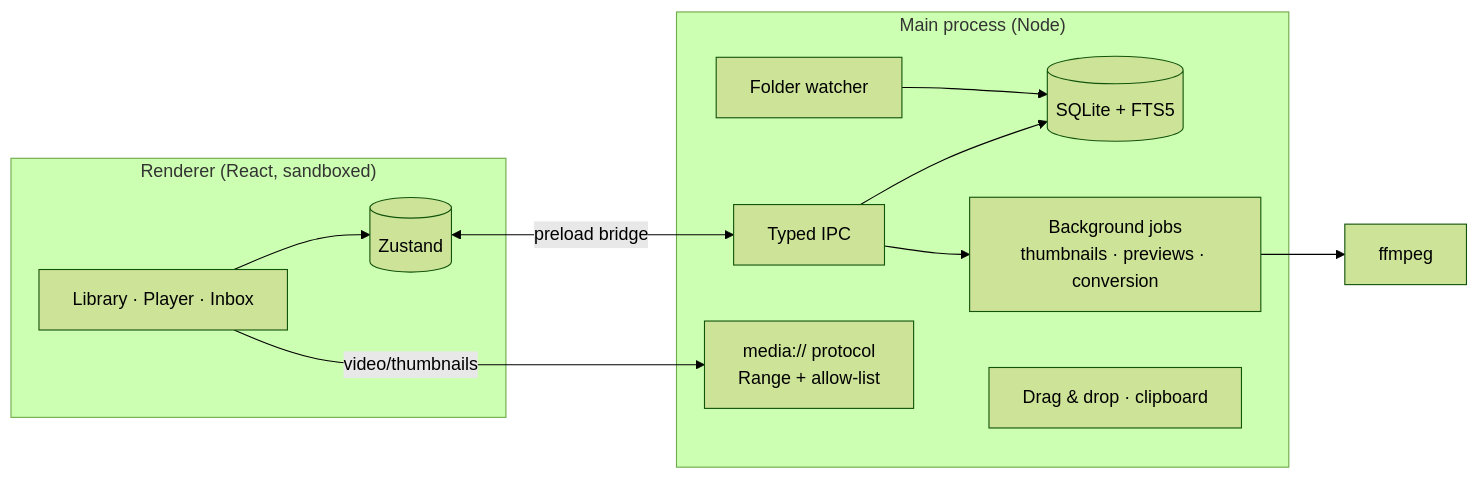
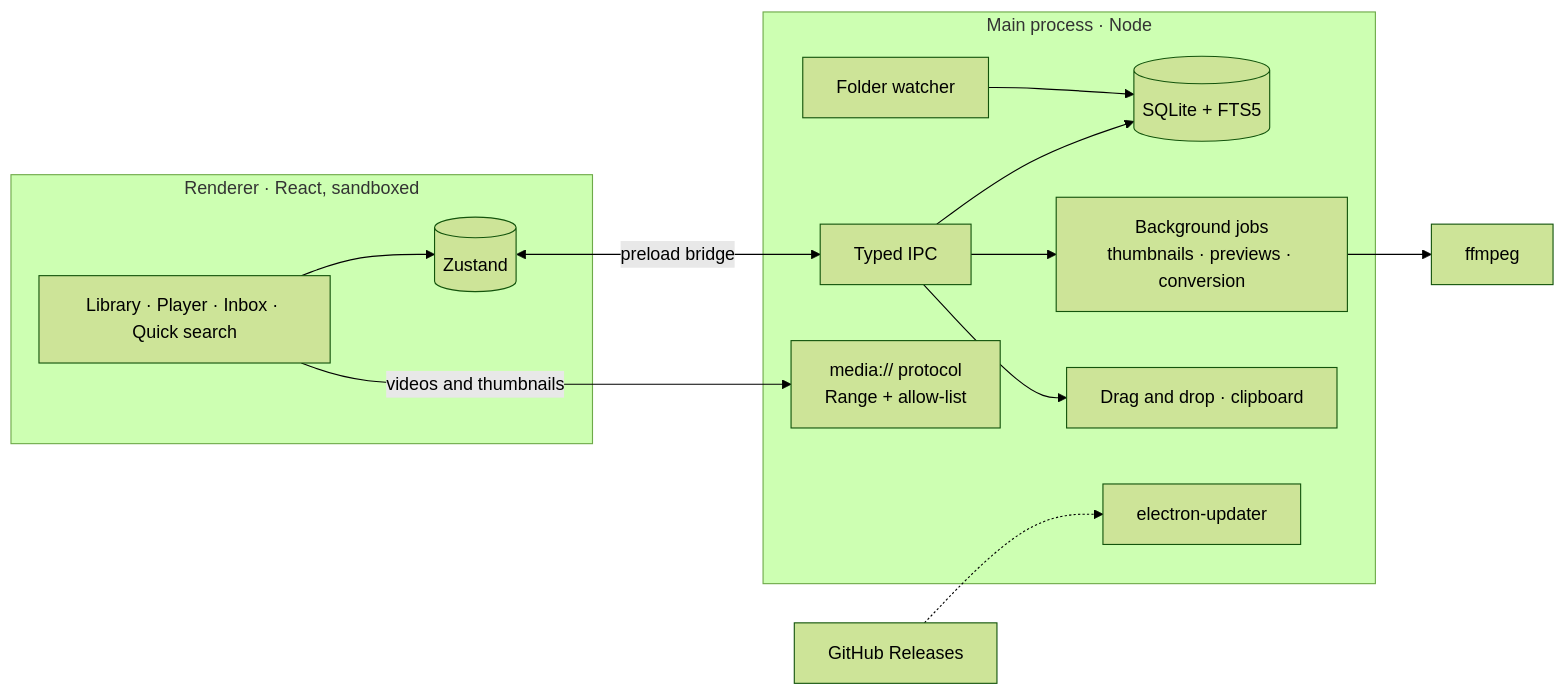
One commit to Enver-Onur-Cogalan/meme-file changed the diagram in README.md. Above: the diagram before and after it, drawn with Mermaid (forest theme). The commit also changed other lines of this file and 8 other files, not shown here.

````diff
--- a/README.md
+++ b/README.md
@@ -79,16 +131,19 @@
 ```mermaid
 flowchart LR
-  subgraph Renderer["Renderer (React, sandboxed)"]
-    UI[Library · Player · Inbox] --> Store[(Zustand)]
+  subgraph Renderer["Renderer · React, sandboxed"]
+    UI["Library · Player · Inbox · Quick search"] --> Store[("Zustand")]
   end
-  subgraph Main["Main process (Node)"]
-    IPC[Typed IPC] --> Repo[(SQLite + FTS5)]
-    IPC --> Jobs[Background jobs<br/>thumbnails · previews · conversion]
-    Watch[Folder watcher] --> Repo
+  subgraph Main["Main process · Node"]
+    IPC["Typed IPC"] --> Repo[("SQLite + FTS5")]
+    IPC --> Jobs["Background jobs<br/>thumbnails · previews · conversion"]
+    Watch["Folder watcher"] --> Repo
     Proto["media:// protocol<br/>Range + allow-list"]
-    Share[Drag & drop · clipboard]
+    Share["Drag and drop · clipboard"]
+    Updater["electron-updater"]
   end
-  Store <-- preload bridge --> IPC
-  UI -- video/thumbnails --> Proto
-  Jobs --> FF[ffmpeg]
+  Store <-->|preload bridge| IPC
+  UI -->|videos and thumbnails| Proto
+  IPC --> Share
+  Jobs --> FF["ffmpeg"]
+  Releases["GitHub Releases"] -.-> Updater
 ```
````
